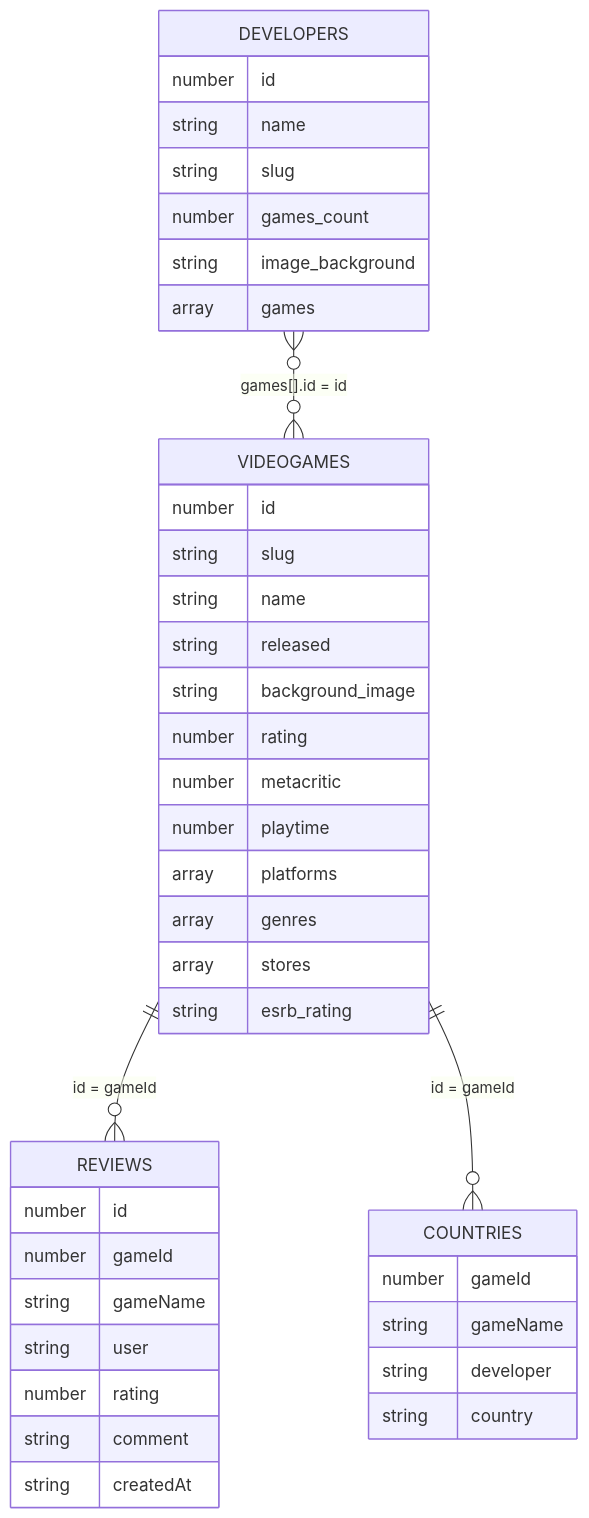
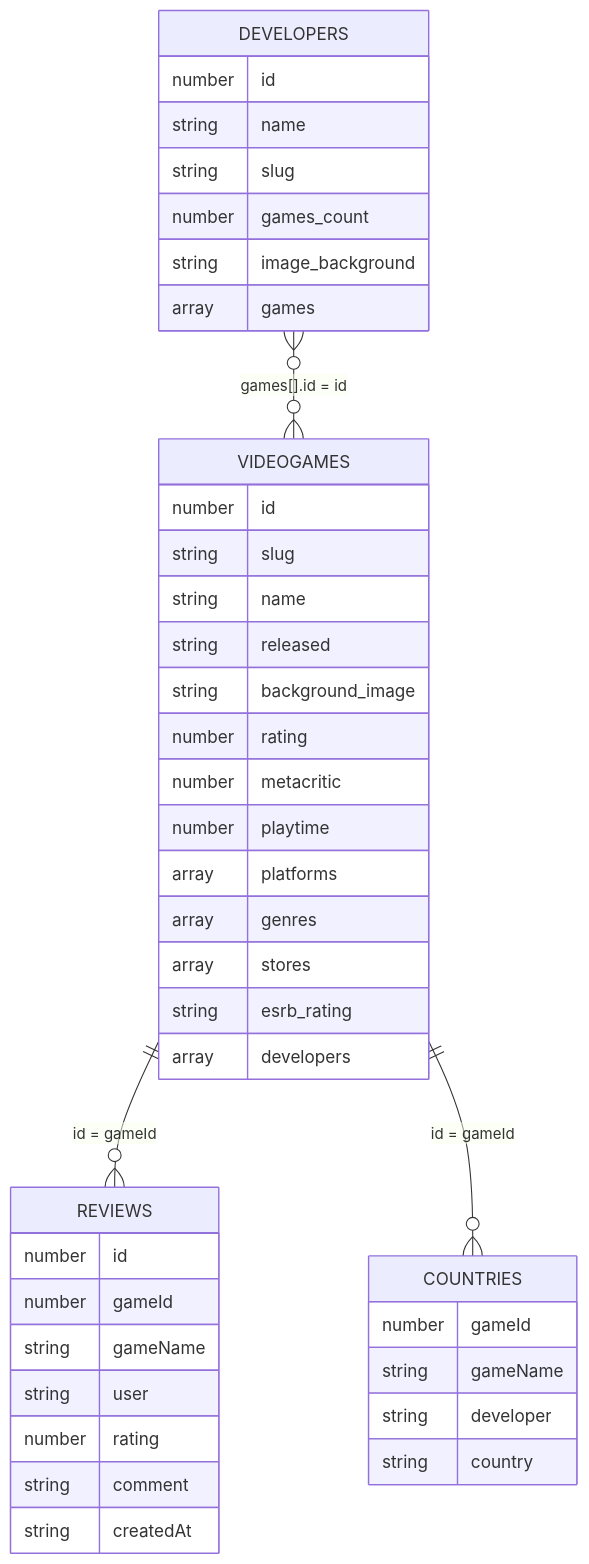
One commit to DavidPerezA12/SW-II changed the diagram in docs/modelo-datos.md. Above: the diagram before and after it, drawn with Mermaid. The commit also changed other lines of this file and 5 other files, not shown here.

````diff
--- a/docs/modelo-datos.md
+++ b/docs/modelo-datos.md
@@ -25,47 +25,48 @@
 ```mermaid
 erDiagram
     VIDEOGAMES ||--o{ REVIEWS : "id = gameId"
     VIDEOGAMES ||--o{ COUNTRIES : "id = gameId"
     DEVELOPERS }o--o{ VIDEOGAMES : "games[].id = id"
 
     VIDEOGAMES {
         number id
         string slug
         string name
         string released
         string background_image
         number rating
         number metacritic
         number playtime
         array platforms
         array genres
         array stores
         string esrb_rating
+        array developers
     }
 
     DEVELOPERS {
         number id
         string name
         string slug
         number games_count
         string image_background
         array games
     }
 
     REVIEWS {
         number id
         number gameId
         string gameName
         string user
         number rating
         string comment
         string createdAt
     }
 
     COUNTRIES {
         number gameId
         string gameName
         string developer
         string country
     }
 ```
````
